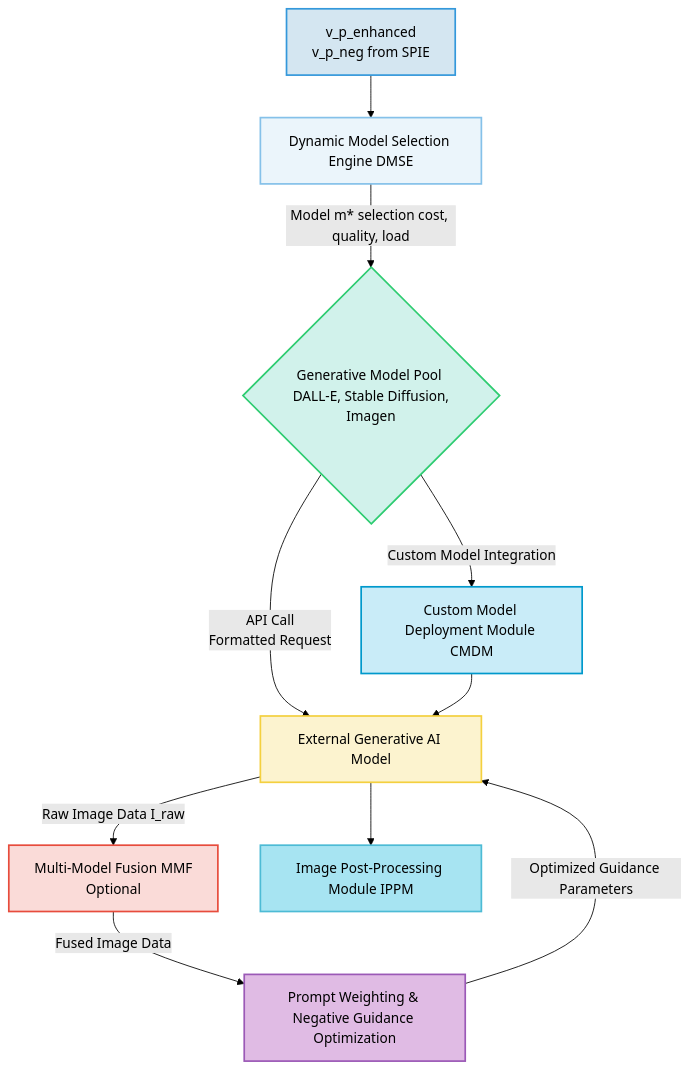
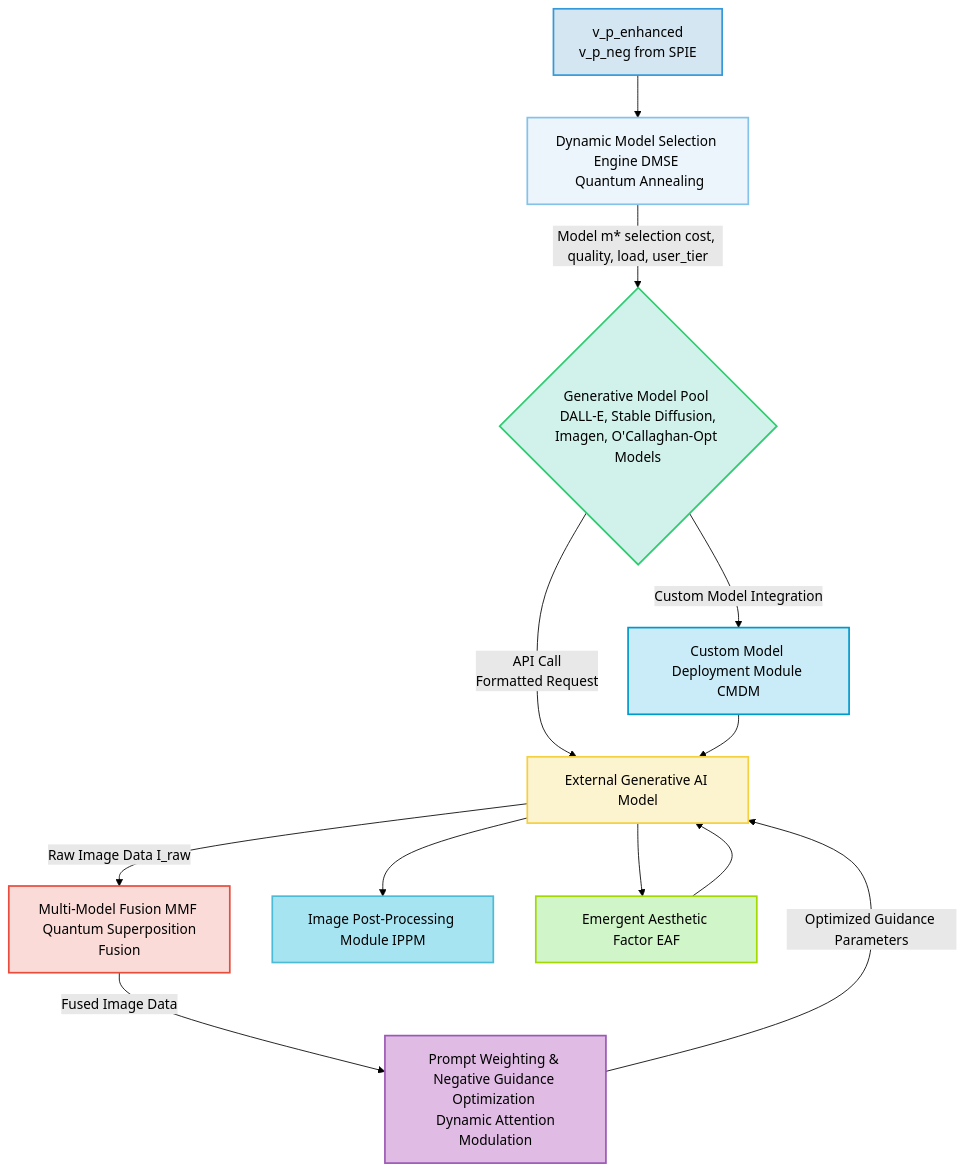
Before and after one commit to diplomat-bit/Citibank_Demo_Business_Inc_Demonstration-: the fifth of 12 diagrams in inventions/001_generative_ui_background.md, drawn with Mermaid (forest theme). The commit also changed other lines of this file, not shown here.

````diff
--- a/inventions/001_generative_ui_background.md
+++ b/inventions/001_generative_ui_background.md
@@ -227,21 +243,24 @@
 ```mermaid
 graph TD
-    A[v_p_enhanced <br> v_p_neg from SPIE] --> B[Dynamic Model Selection Engine DMSE];
-    B -- Model m* selection cost, quality, load --> C{Generative Model Pool <br> DALL-E, Stable Diffusion, Imagen};
+    A[v_p_enhanced <br> v_p_neg from SPIE] --> B[Dynamic Model Selection Engine DMSE <br> Quantum Annealing];
+    B -- Model m* selection cost, quality, load, user_tier --> C{Generative Model Pool <br> DALL-E, Stable Diffusion, Imagen, O'Callaghan-Opt Models};
     C -- API Call <br> Formatted Request --> D[External Generative AI Model];
-    D -- Raw Image Data I_raw --> E[Multi-Model Fusion MMF <br> Optional];
-    E -- Fused Image Data --> F[Prompt Weighting & Negative Guidance Optimization];
+    D -- Raw Image Data I_raw --> E[Multi-Model Fusion MMF <br> Quantum Superposition Fusion];
+    E -- Fused Image Data --> F[Prompt Weighting & Negative Guidance Optimization <br> Dynamic Attention Modulation];
     F -- Optimized Guidance Parameters --> D;
     D --> G[Image Post-Processing Module IPPM];
     C -- Custom Model Integration --> H[Custom Model Deployment Module CMDM];
     H --> D;
+    D --> I[Emergent Aesthetic Factor EAF];
+    I --> D;
 
     style A fill:#D4E6F1,stroke:#3498DB,stroke-width:2px;
     style B fill:#EBF5FB,stroke:#85C1E9,stroke-width:2px;
     style C fill:#D1F2EB,stroke:#2ECC71,stroke-width:2px;
     style D fill:#FCF3CF,stroke:#F4D03F,stroke-width:2px;
     style E fill:#FADBD8,stroke:#E74C3C,stroke-width:2px;
     style F fill:#E0BBE4,stroke:#9B59B6,stroke-width:2px;
     style G fill:#A7E4F2,stroke:#4DBBD5,stroke-width:2px;
     style H fill:#C9ECF8,stroke:#0099CC,stroke-width:2px;
+    style I fill:#D0F5C8,stroke:#A3D900,stroke-width:2px;
 ```
````
